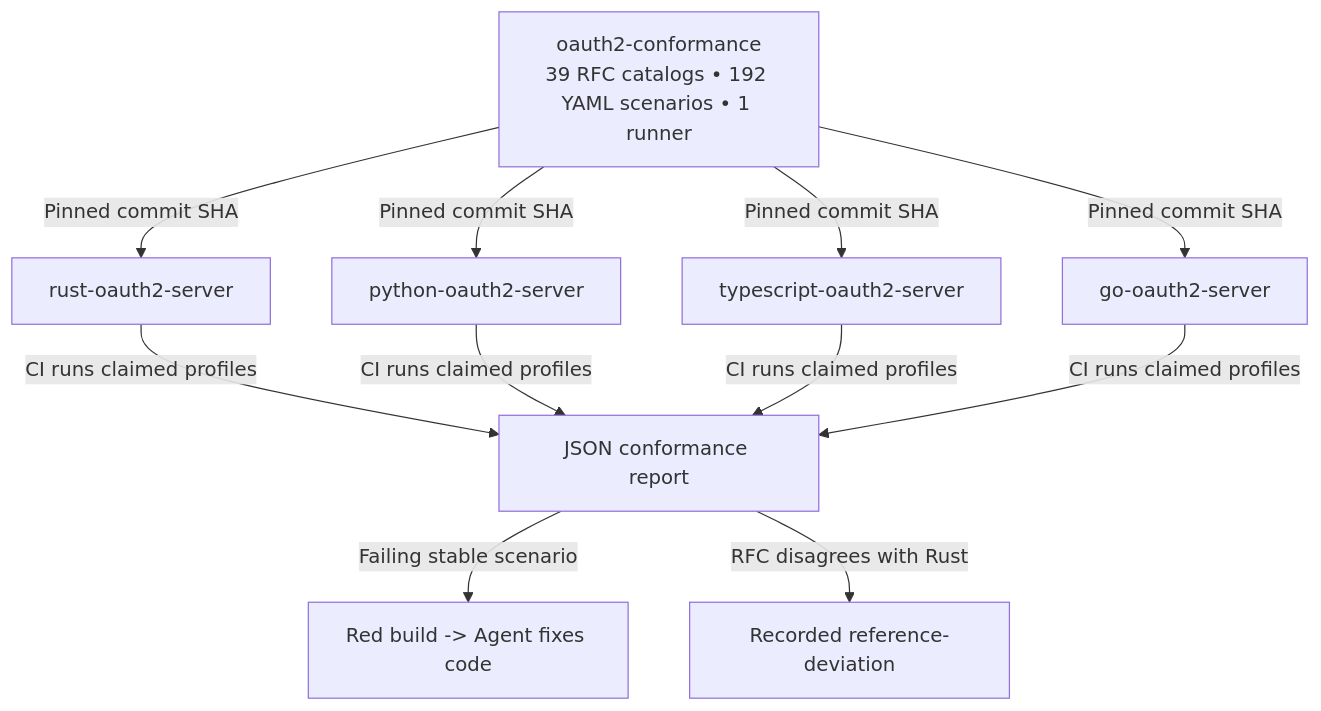
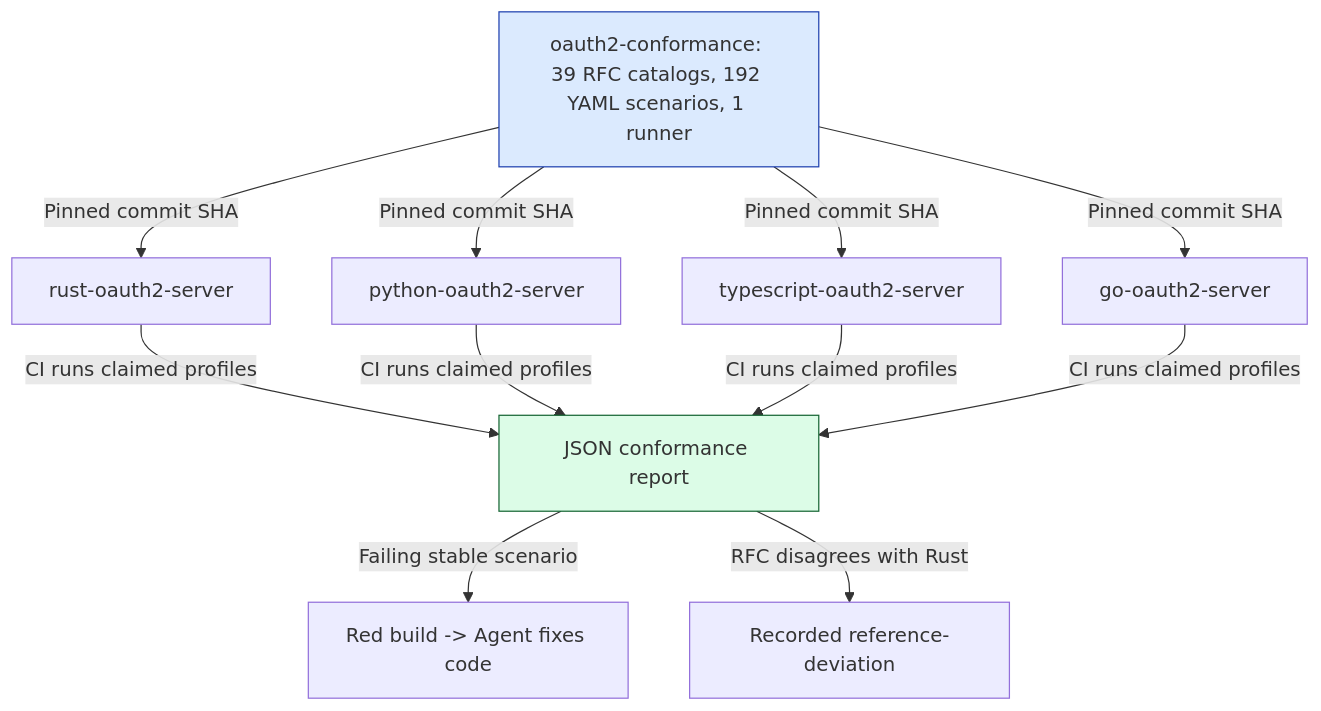
The diagram in src/content/blog/executable-specs-oauth2-conformance-agents.md (ianlintner/portfolio), drawn with Mermaid before and after one commit. The commit also changed other lines of this file and 1 other file, not shown here.

````diff
--- a/src/content/blog/executable-specs-oauth2-conformance-agents.md
+++ b/src/content/blog/executable-specs-oauth2-conformance-agents.md
@@ -41,13 +62,16 @@
 ```mermaid
-graph TD
-    C["oauth2-conformance<br/>39 RFC catalogs • 192 YAML scenarios • 1 runner"] -->|Pinned commit SHA| R[rust-oauth2-server]
-    C -->|Pinned commit SHA| P[python-oauth2-server]
-    C -->|Pinned commit SHA| T[typescript-oauth2-server]
-    C -->|Pinned commit SHA| G[go-oauth2-server]
-    R -->|CI runs claimed profiles| V[JSON conformance report]
-    P -->|CI runs claimed profiles| V
-    T -->|CI runs claimed profiles| V
-    G -->|CI runs claimed profiles| V
-    V -->|Failing stable scenario| F[Red build -> Agent fixes code]
-    V -->|RFC disagrees with Rust| D[Recorded reference-deviation]
+flowchart TD
+  C["oauth2-conformance: 39 RFC catalogs, 192 YAML scenarios, 1 runner"] -->|Pinned commit SHA| R[rust-oauth2-server]
+  C -->|Pinned commit SHA| P[python-oauth2-server]
+  C -->|Pinned commit SHA| T[typescript-oauth2-server]
+  C -->|Pinned commit SHA| G[go-oauth2-server]
+  R -->|CI runs claimed profiles| V[JSON conformance report]
+  P -->|CI runs claimed profiles| V
+  T -->|CI runs claimed profiles| V
+  G -->|CI runs claimed profiles| V
+  V -->|Failing stable scenario| F[Red build -> Agent fixes code]
+  V -->|RFC disagrees with Rust| D[Recorded reference-deviation]
+
+  style C fill:#dbeafe,stroke:#1e40af
+  style V fill:#dcfce7,stroke:#166534
 ```
````
